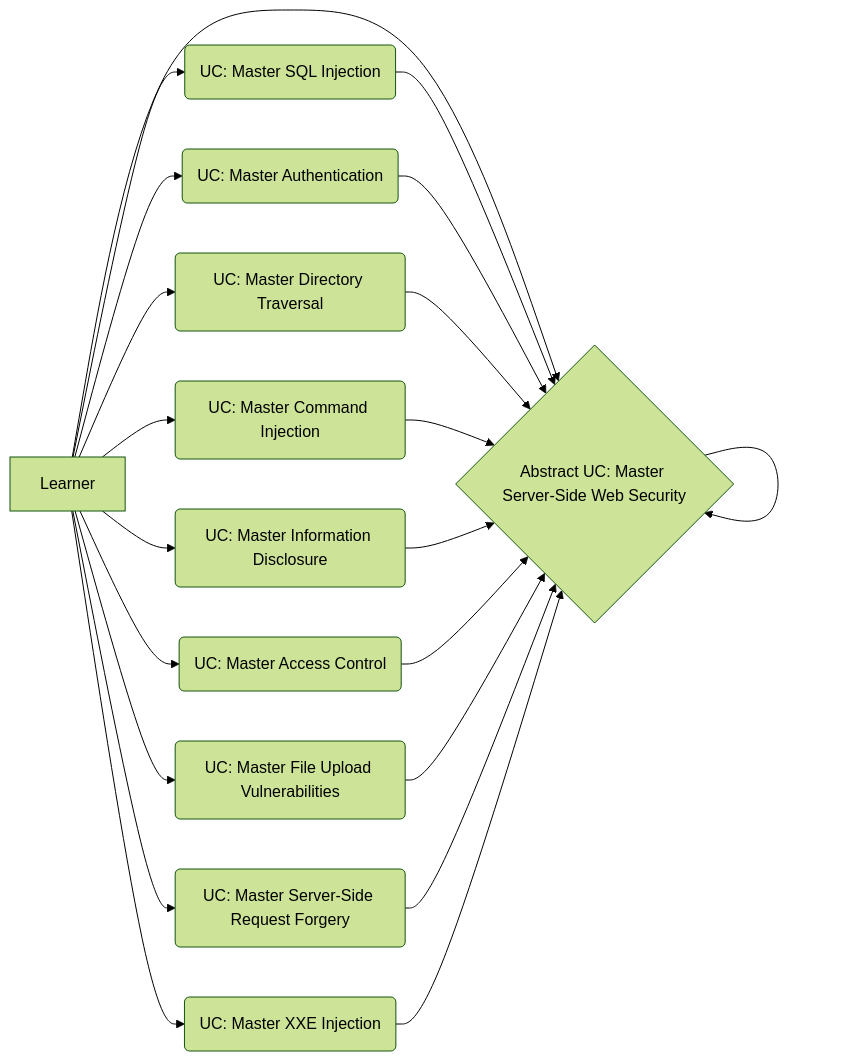
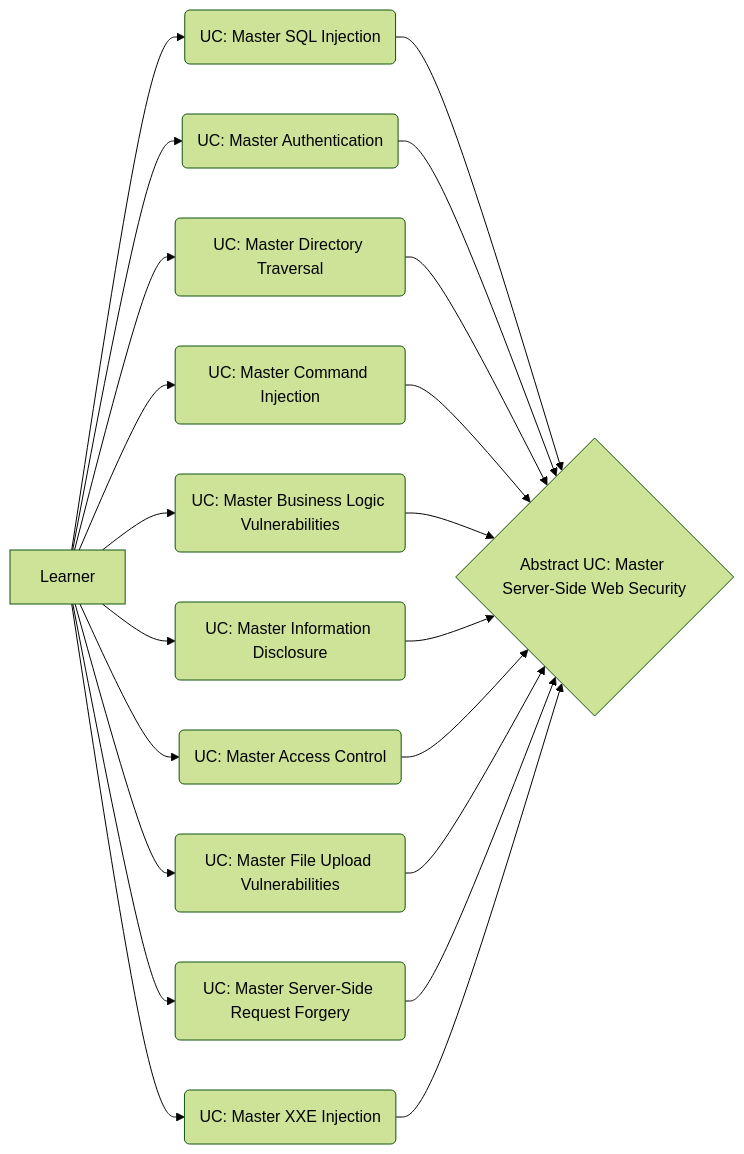
The diagram in index.qmd (vanHeemstraSystems/learning-server-side-web-security-use-cases), drawn with Mermaid (forest theme) before and after one commit.

````diff
--- a/index.qmd
+++ b/index.qmd
@@ -11,23 +11,23 @@
 ```{mermaid}
 flowchart LR
   A[Learner] --> B(UC: Master SQL Injection)
   A[Learner] --> C(UC: Master Authentication)
   A[Learner] --> D(UC: Master Directory Traversal)
   A[Learner] --> E(UC: Master Command Injection)
   A[Learner] --> F(UC: Master Business Logic Vulnerabilities)
   A[Learner] --> G(UC: Master Information Disclosure)
   A[Learner] --> H(UC: Master Access Control)
   A[Learner] --> I(UC: Master File Upload Vulnerabilities)
   A[Learner] --> J(UC: Master Server-Side Request Forgery)
   A[Learner] --> K(UC: Master XXE Injection)
-  B --> F{Abstract UC: Master Server-Side Web Security}
-  C --> F{Abstract UC: Master Server-Side Web Security}
-  D --> F{Abstract UC: Master Server-Side Web Security}
-  E --> F{Abstract UC: Master Server-Side Web Security}
-  F --> F{Abstract UC: Master Server-Side Web Security}
-  G --> F{Abstract UC: Master Server-Side Web Security}
-  H --> F{Abstract UC: Master Server-Side Web Security}
-  I --> F{Abstract UC: Master Server-Side Web Security}
-  J --> F{Abstract UC: Master Server-Side Web Security}
-  K --> F{Abstract UC: Master Server-Side Web Security}  
+  B --> L{Abstract UC: Master Server-Side Web Security}
+  C --> L{Abstract UC: Master Server-Side Web Security}
+  D --> L{Abstract UC: Master Server-Side Web Security}
+  E --> L{Abstract UC: Master Server-Side Web Security}
+  F --> L{Abstract UC: Master Server-Side Web Security}
+  G --> L{Abstract UC: Master Server-Side Web Security}
+  H --> L{Abstract UC: Master Server-Side Web Security}
+  I --> L{Abstract UC: Master Server-Side Web Security}
+  J --> L{Abstract UC: Master Server-Side Web Security}
+  K --> L{Abstract UC: Master Server-Side Web Security}  
 ```
````
